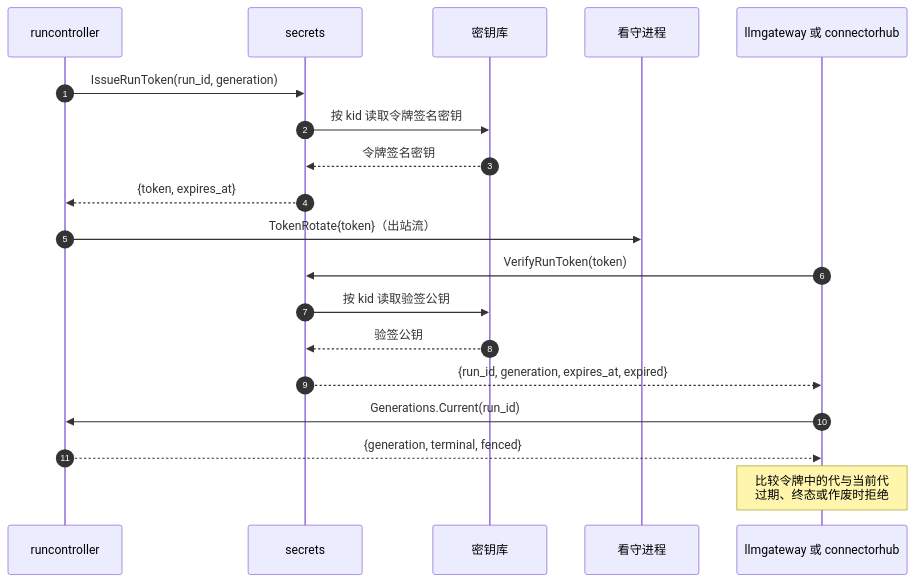
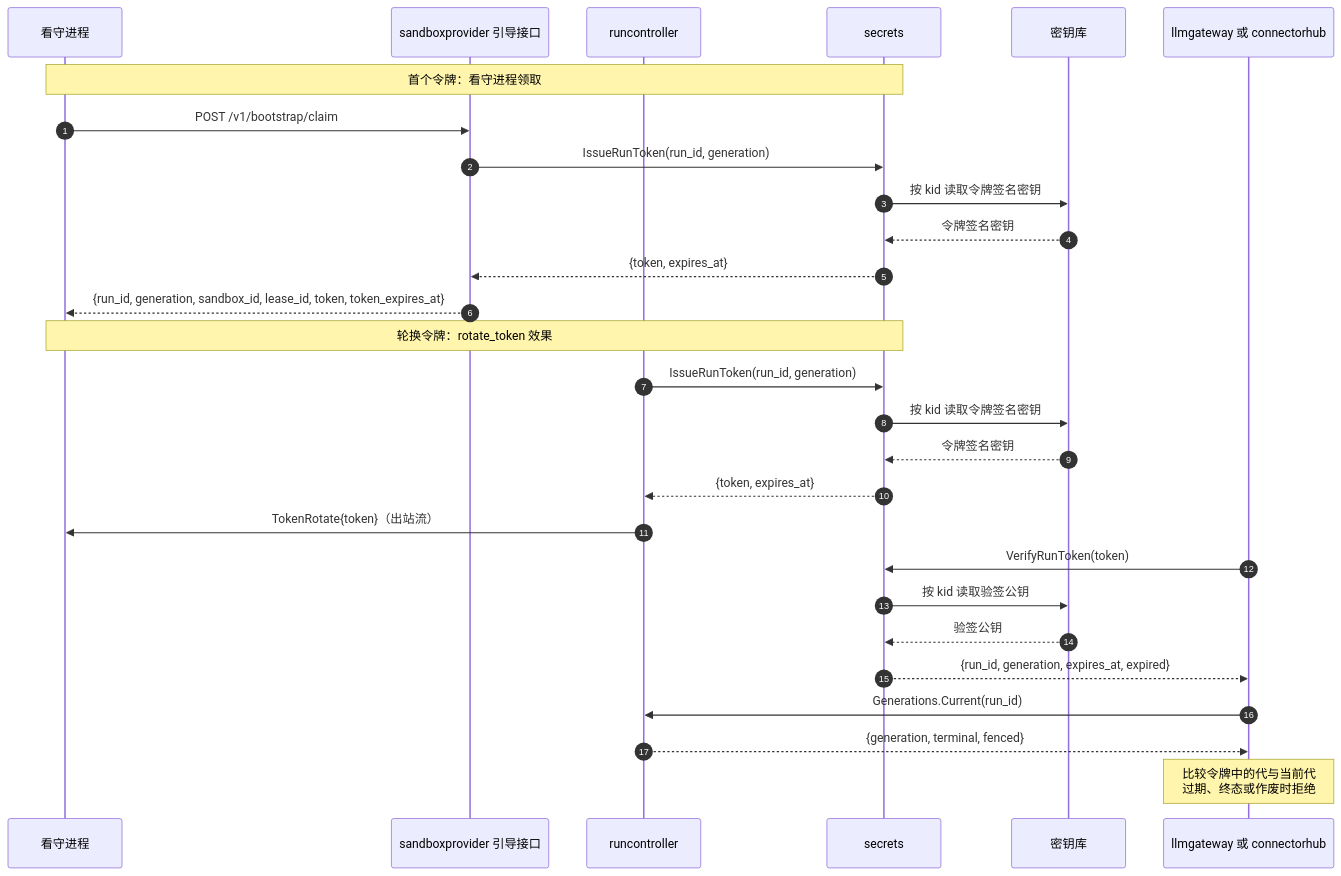
Before and after one commit to wangzw/castworks: the second of 4 diagrams in docs/design/modules/design-secrets.md, drawn with Mermaid. The commit also changed other lines of this file and 37 other files, not shown here.

````diff
--- a/docs/design/modules/design-secrets.md
+++ b/docs/design/modules/design-secrets.md
@@ -296,21 +300,30 @@
 ```mermaid
 sequenceDiagram
     autonumber
+    participant W as 看守进程
+    participant P as sandboxprovider 引导接口
     participant R as runcontroller
     participant S as secrets
     participant V as 密钥库
-    participant W as 看守进程
     participant G as llmgateway 或 connectorhub
+    Note over W,S: 首个令牌：看守进程领取
+    W->>P: POST /v1/bootstrap/claim
+    P->>S: IssueRunToken(run_id, generation)
+    S->>V: 按 kid 读取令牌签名密钥
+    V-->>S: 令牌签名密钥
+    S-->>P: {token, expires_at}
+    P-->>W: {run_id, generation, sandbox_id, lease_id, token, token_expires_at}
+    Note over W,S: 轮换令牌：rotate_token 效果
     R->>S: IssueRunToken(run_id, generation)
     S->>V: 按 kid 读取令牌签名密钥
     V-->>S: 令牌签名密钥
     S-->>R: {token, expires_at}
     R->>W: TokenRotate{token}（出站流）
     G->>S: VerifyRunToken(token)
     S->>V: 按 kid 读取验签公钥
     V-->>S: 验签公钥
     S-->>G: {run_id, generation, expires_at, expired}
     G->>R: Generations.Current(run_id)
     R-->>G: {generation, terminal, fenced}
     Note over G: 比较令牌中的代与当前代<br/>过期、终态或作废时拒绝
 ```
````
